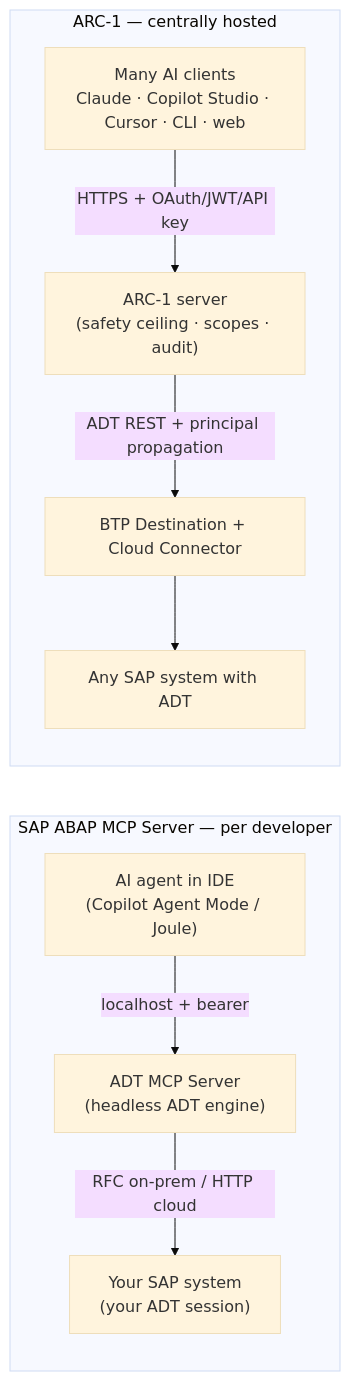
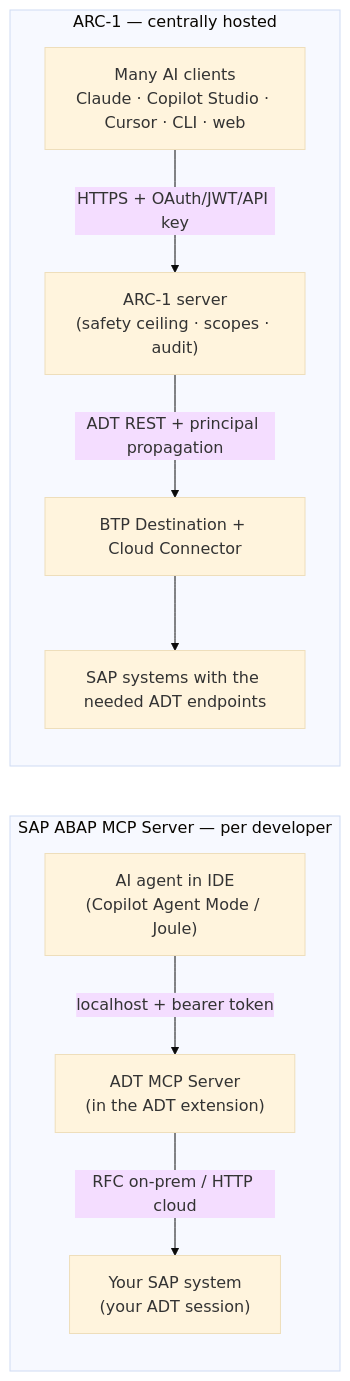
One commit to arc-mcp/arc-1 changed the diagram in docs_page/arc-1-vs-sap-abap-mcp-server.md. Above: the diagram before and after it, drawn with Mermaid (base theme). The commit also changed other lines of this file, not shown here.

````diff
--- a/docs_page/arc-1-vs-sap-abap-mcp-server.md
+++ b/docs_page/arc-1-vs-sap-abap-mcp-server.md
@@ -146,14 +154,14 @@
 ```mermaid
 flowchart LR
   subgraph SAP_MODEL["SAP ABAP MCP Server — per developer"]
     direction TB
-    A1["AI agent in IDE<br/>(Copilot Agent Mode / Joule)"] -->|localhost + bearer| A2["ADT MCP Server<br/>(headless ADT engine)"]
+    A1["AI agent in IDE<br/>(Copilot Agent Mode / Joule)"] -->|localhost + bearer token| A2["ADT MCP Server<br/>(in the ADT extension)"]
     A2 -->|RFC on-prem / HTTP cloud| A3["Your SAP system<br/>(your ADT session)"]
   end
   subgraph ARC1_MODEL["ARC-1 — centrally hosted"]
     direction TB
     B1["Many AI clients<br/>Claude · Copilot Studio · Cursor · CLI · web"] -->|HTTPS + OAuth/JWT/API key| B2["ARC-1 server<br/>(safety ceiling · scopes · audit)"]
     B2 -->|ADT REST + principal propagation| B3["BTP Destination + Cloud Connector"]
-    B3 --> B4["Any SAP system with ADT"]
+    B3 --> B4["SAP systems with the needed ADT endpoints"]
   end
 ```
````
